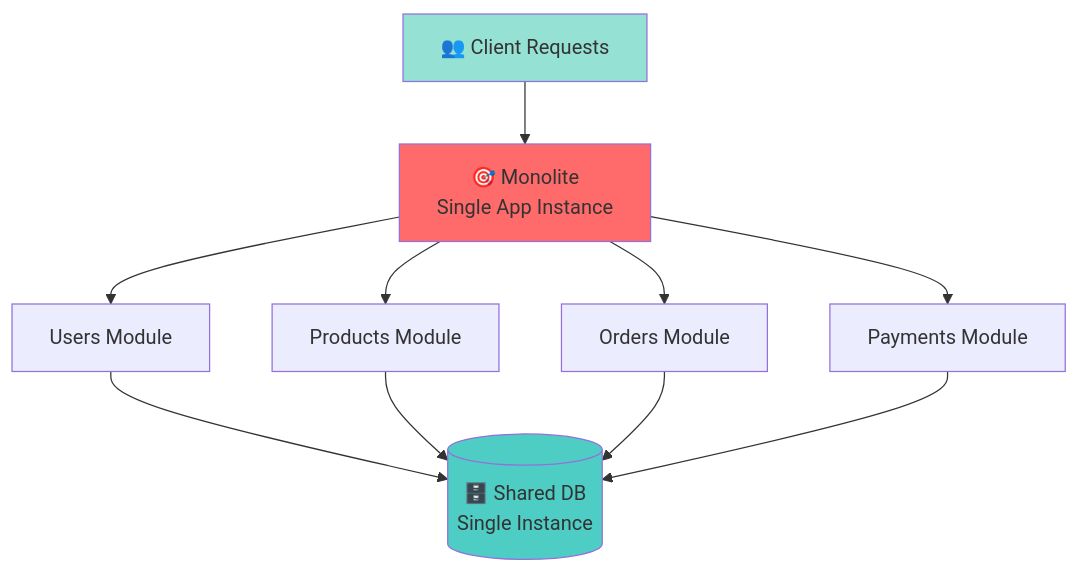
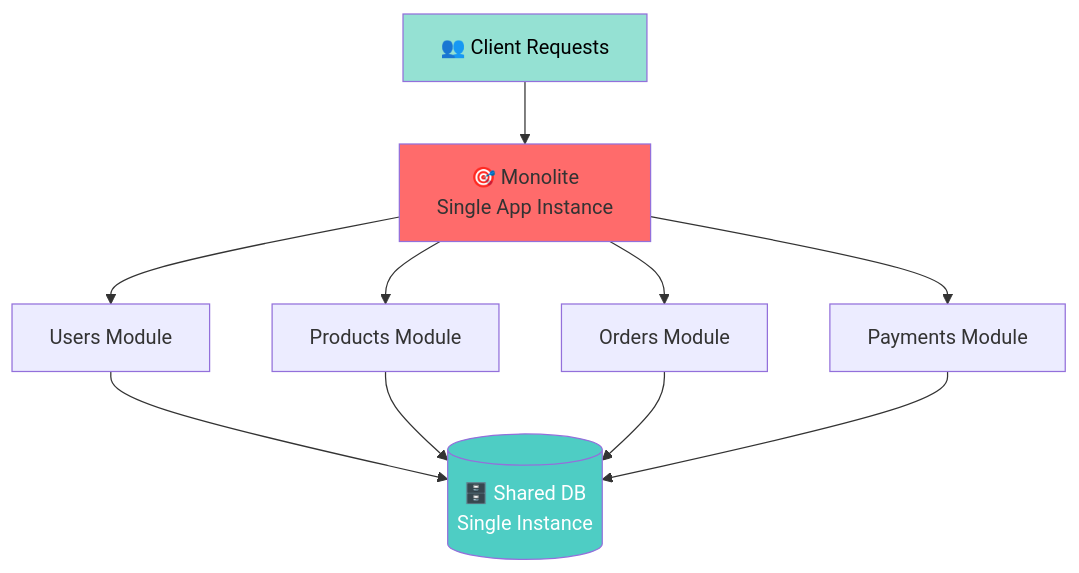
The first of 3 diagrams in src/content/blog/architettura-backend-monolite-microservizi.md (federicodiluca/federicodiluca.github.io), drawn with Mermaid before and after one commit. The commit also changed other lines of this file and 9 other files, not shown here.

First line of the commit message:
fix: improve Mermaid diagram text colors for accessibility

````diff
--- a/src/content/blog/architettura-backend-monolite-microservizi.md
+++ b/src/content/blog/architettura-backend-monolite-microservizi.md
@@ -13,16 +13,16 @@
 ```mermaid
 graph TD
     A["👥 Client Requests"] --> B["🎯 Monolite<br/>Single App Instance"]
     B --> C["Users Module"]
     B --> D["Products Module"]
     B --> E["Orders Module"]
     B --> F["Payments Module"]
     C --> G[("🗄️ Shared DB<br/>Single Instance")]
     D --> G
     E --> G
     F --> G
     
     style B fill:#ff6b6b
-    style G fill:#4ecdc4
-    style A fill:#95e1d3
+    style G fill:#4ecdc4,color:#fff
+    style A fill:#95e1d3,color:#000
 ```
````
